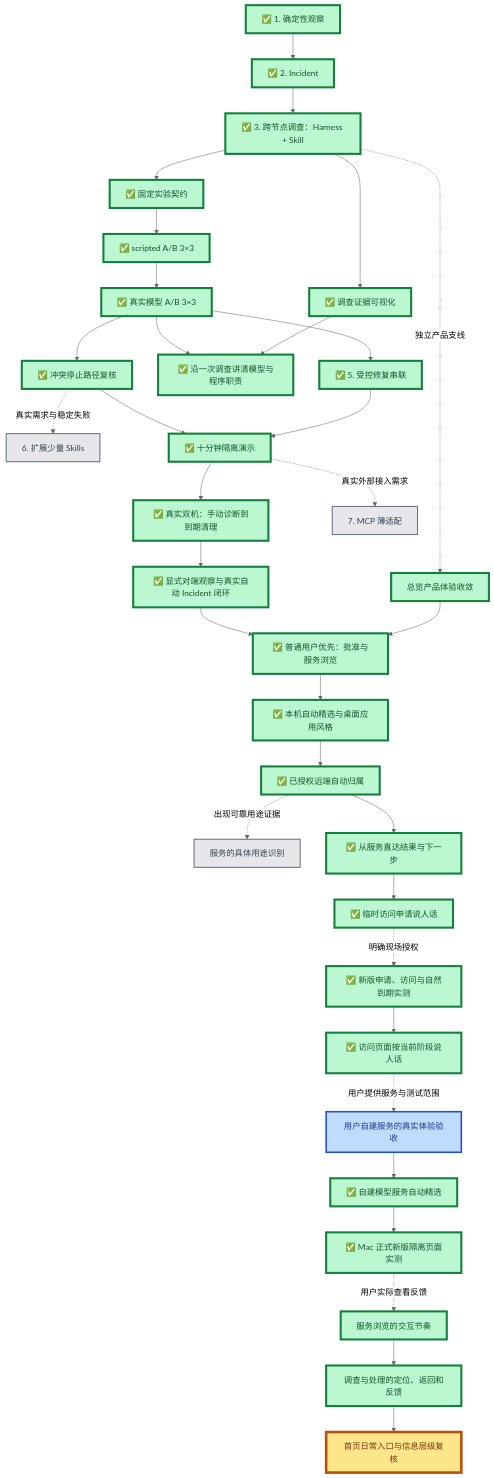
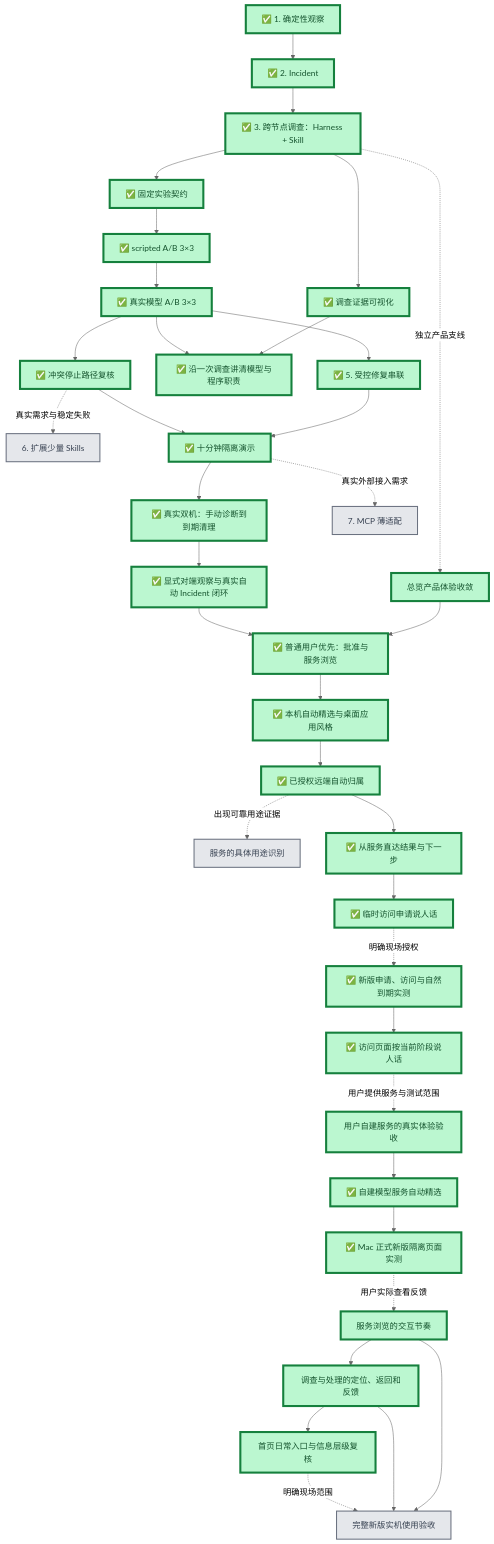
Before and after one commit to Sugarfarmeriod/TunnelMinion: the first of 2 diagrams in docs/project/roadmap.md, drawn with Mermaid (neutral theme). The commit also changed other lines of this file and 1 other file, not shown here.

Commit message:
docs: 汇总首页交付证据与整体验收边界

````diff
--- a/docs/project/roadmap.md
+++ b/docs/project/roadmap.md
@@ -8,62 +8,66 @@
 ```mermaid
 flowchart TB
     A["✅ 1. 确定性观察"] --> B["✅ 2. Incident"]
     B --> C["✅ 3. 跨节点调查：Harness + Skill"]
 
     C --> D1["✅ 固定实验契约"]
     D1 --> D2["✅ scripted A/B 3×3"]
     D2 --> D3["✅ 真实模型 A/B 3×3"]
 
     D3 --> E["✅ 5. 受控修复串联"]
     C --> V["✅ 调查证据可视化"]
     V --> W["✅ 沿一次调查讲清模型与程序职责"]
     D3 --> W
     D3 --> F["✅ 冲突停止路径复核"]
     F -.真实需求与稳定失败.-> K["6. 扩展少量 Skills"]
     E --> H["✅ 十分钟隔离演示"]
     F --> H
     H --> R["✅ 真实双机：手动诊断到到期清理"]
     R --> I["✅ 显式对端观察与真实自动 Incident 闭环"]
     H -.真实外部接入需求.-> G["7. MCP 薄适配"]
 
     C -.独立产品支线.-> U["总览产品体验收敛"]
     U --> P["✅ 普通用户优先：批准与服务浏览"]
     I --> P
     P --> Q["✅ 本机自动精选与桌面应用风格"]
     Q --> Q2["✅ 已授权远端自动归属"]
     Q2 -.出现可靠用途证据.-> Q3["服务的具体用途识别"]
     Q2 --> Q4["✅ 从服务直达结果与下一步"]
     Q4 --> Q5["✅ 临时访问申请说人话"]
     Q5 -.明确现场授权.-> Q6["✅ 新版申请、访问与自然到期实测"]
     Q6 --> Q7["✅ 访问页面按当前阶段说人话"]
     Q7 -.用户提供服务与测试范围.-> Q8["用户自建服务的真实体验验收"]
     Q8 --> Q9["✅ 自建模型服务自动精选"]
     Q9 --> Q10["✅ Mac 正式新版隔离页面实测"]
     Q10 -.用户实际查看反馈.-> Q11["服务浏览的交互节奏"]
     Q11 --> Q12["调查与处理的定位、返回和反馈"]
     Q12 --> Q13["首页日常入口与信息层级复核"]
+    Q11 --> Q14["完整新版实机使用验收"]
+    Q12 --> Q14
+    Q13 -.明确现场范围.-> Q14
 
     classDef done fill:#bbf7d0,stroke:#15803d,stroke-width:4px,color:#14532d;
     classDef current fill:#fde68a,stroke:#b45309,stroke-width:5px,color:#78350f;
     classDef next fill:#bfdbfe,stroke:#1d4ed8,stroke-width:3px,color:#1e3a8a;
     classDef later fill:#e5e7eb,stroke:#6b7280,stroke-width:2px,color:#374151;
     class A,B,C,D1,D2,D3,E,F,H,R,V done;
     class U done;
     class W done;
     class I done;
     class G,K later;
     class P done;
     class Q done;
     class Q2 done;
     class Q3 later;
     class Q4 done;
     class Q5 done;
     class Q6 done;
     class Q7 done;
-    class Q8 next;
+    class Q8 done;
     class Q9 done;
     class Q10 done;
     class Q11 done;
     class Q12 done;
-    class Q13 current;
+    class Q13 done;
+    class Q14 later;
 ```
````
